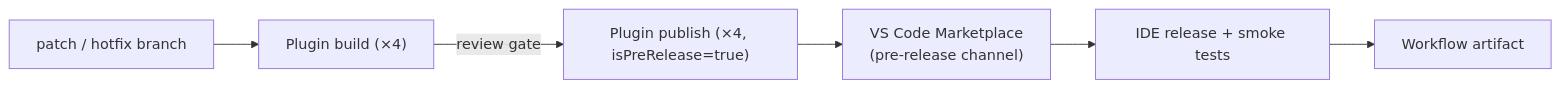
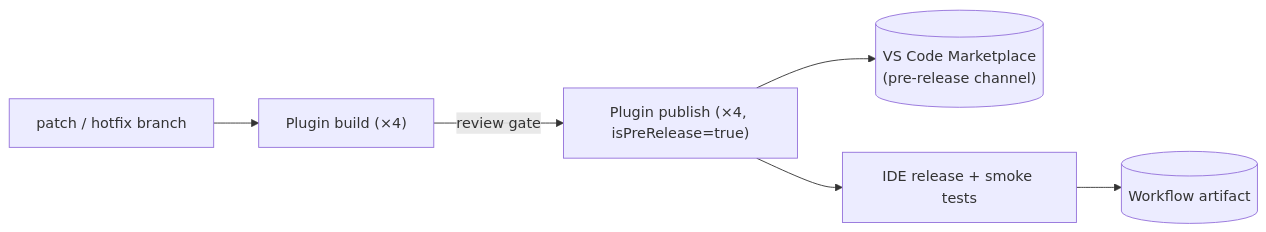
One commit to NipunaRanasinghe/wso2i-process-guides changed the fourth of 5 diagrams in docs/cicd-pipelines.md. Above: the diagram before and after it, drawn with Mermaid. The commit also changed other lines of this file and 3 other files, not shown here.

````diff
--- a/docs/cicd-pipelines.md
+++ b/docs/cicd-pipelines.md
@@ -68,8 +66,8 @@
 ```mermaid
 graph LR
     M["patch / hotfix branch"] --> PB["Plugin build (×4)"]
     PB -->|review gate| PP["Plugin publish (×4, isPreRelease=true)"]
-    PP --> MKP["VS Code Marketplace<br>(pre-release channel)"]
-    MKP --> AS["IDE release + smoke tests"]
-    AS --> IA["Workflow artifact"]
+    PP --> MKP[("VS Code Marketplace<br>(pre-release channel)")]
+    PP --> AS["IDE release + smoke tests"]
+    AS --> IA[("Workflow artifact")]
 ```
````
